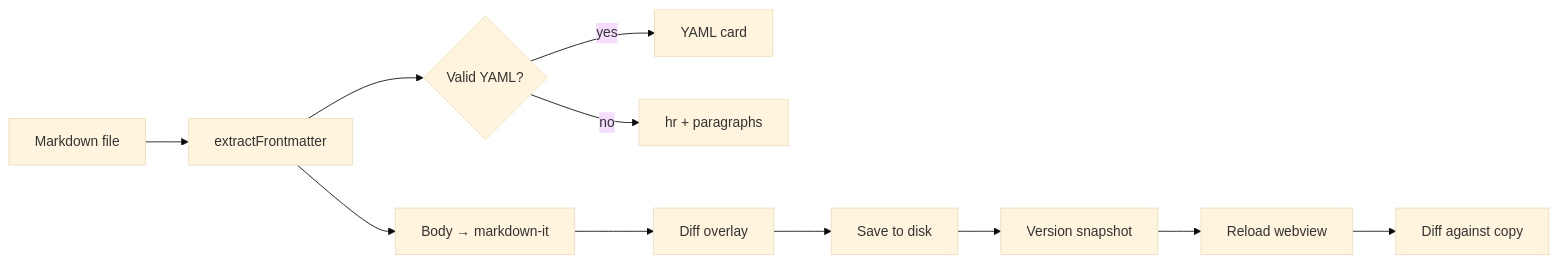
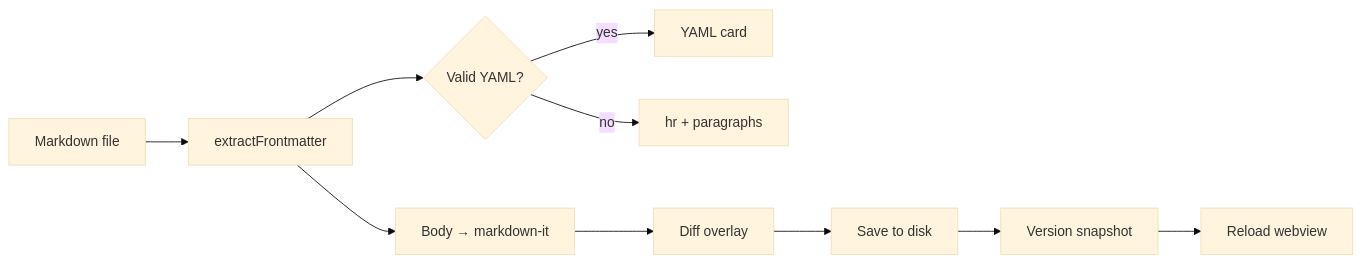
One commit to isnacho/sheetmark-markdown-xlsx-csv-tsv-editor changed the diagram in samples/test copy.md. Above: the diagram before and after it, drawn with Mermaid (base theme). The commit also changed other lines of this file and 53 other files, not shown here.

````diff
--- a/samples/test copy.md
+++ b/samples/test copy.md
@@ -232,13 +237,12 @@
 ```mermaid
 flowchart LR
     A[Markdown file] --> B[extractFrontmatter]
     B --> C{Valid YAML?}
     C -->|yes| D[YAML card]
     C -->|no| E[hr + paragraphs]
     B --> F[Body → markdown-it]
     F --> G[Diff overlay]
     G --> H[Save to disk]
     H --> I[Version snapshot]
     I --> J[Reload webview]
-    J --> K[Diff against copy]
 ```
````
